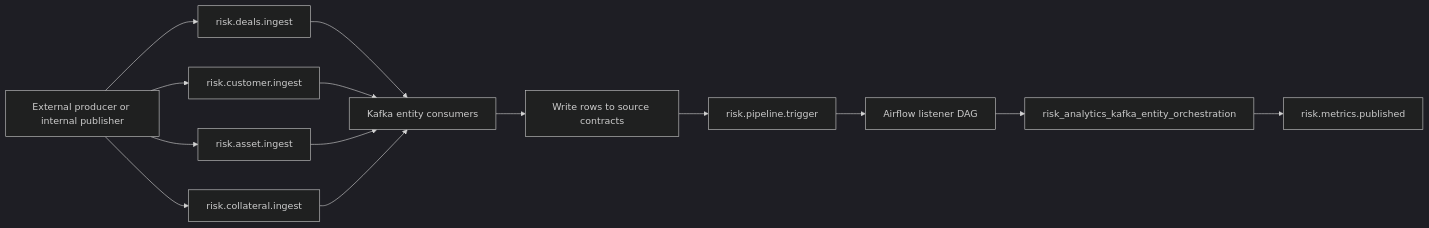
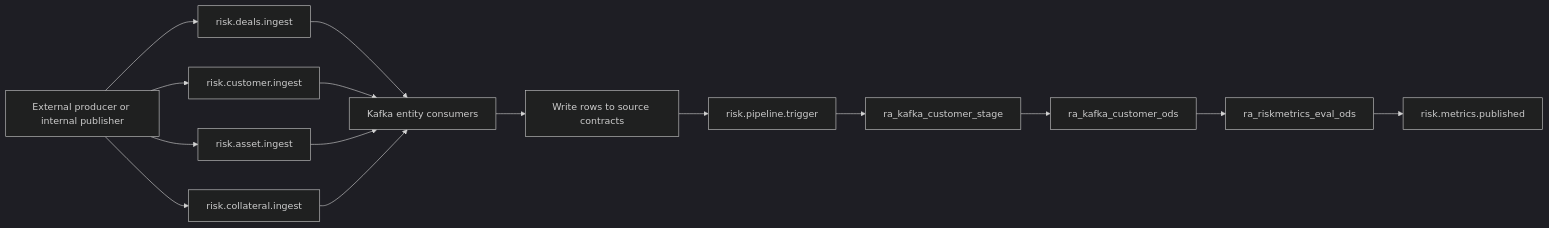
The second of 2 diagrams in docs/platform-interfaces-and-operations.md (sankarasub/riskanalytics_df), drawn with Mermaid (dark theme) before and after one commit. The commit also changed other lines of this file and 46 other files, not shown here.

First line of the commit message:
Refactor Airflow into ra_* STAGE/ODS namespaces and fix platform dependencies

````diff
--- a/docs/platform-interfaces-and-operations.md
+++ b/docs/platform-interfaces-and-operations.md
@@ -328,16 +350,17 @@
 ```mermaid
 flowchart LR
   producer[External producer or internal publisher] --> ingest_deals[risk.deals.ingest]
   producer --> ingest_customer[risk.customer.ingest]
   producer --> ingest_asset[risk.asset.ingest]
   producer --> ingest_collateral[risk.collateral.ingest]
   ingest_deals --> stream[Kafka entity consumers]
   ingest_customer --> stream
   ingest_asset --> stream
   ingest_collateral --> stream
   stream --> source[Write rows to source contracts]
   source --> trigger[risk.pipeline.trigger]
-  trigger --> listener[Airflow listener DAG]
-  listener --> pipeline[risk_analytics_kafka_entity_orchestration]
-  pipeline --> published[risk.metrics.published]
+  trigger --> listener[ra_kafka_customer_stage]
+  listener --> kods[ra_kafka_customer_ods]
+  kods --> risk[ra_riskmetrics_eval_ods]
+  risk --> published[risk.metrics.published]
 ```
````
